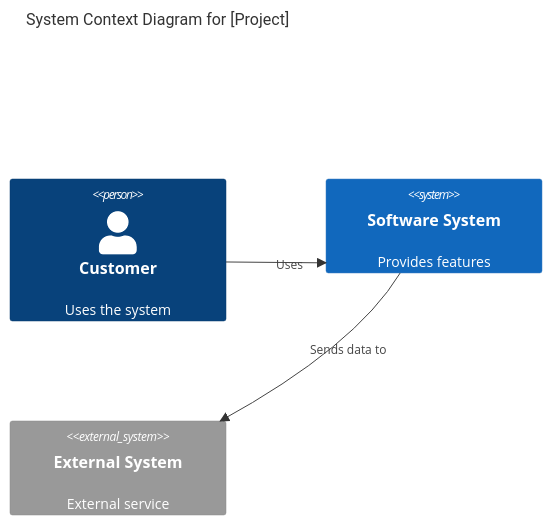
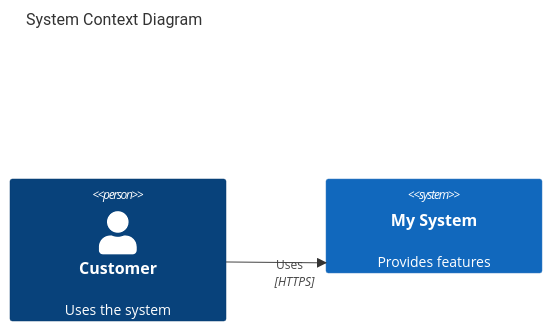
The diagram in gemini/skills/system-modeler/SKILL.md (framunoz/skills), drawn with Mermaid before and after one commit. The commit also changed other lines of this file and 13 other files, not shown here.

Commit message:
feat: add architectural reference guides, ADR templates, and a new dependency analysis command to the skill set.

````diff
--- a/gemini/skills/system-modeler/SKILL.md
+++ b/gemini/skills/system-modeler/SKILL.md
@@ -35,10 +27,7 @@
-```mermaid
-C4Context
-    title System Context Diagram for [Project]
-    Person(customer, "Customer", "Uses the system")
-    System(system, "Software System", "Provides features")
-    System_Ext(ext_system, "External System", "External service")
-    
-    Rel(customer, system, "Uses")
-    Rel(system, ext_system, "Sends data to")
-```
+   ```mermaid
+   C4Context
+       title System Context Diagram
+       Person(customer, "Customer", "Uses the system")
+       System(system, "My System", "Provides features")
+       Rel(customer, system, "Uses", "HTTPS")
+   ```
````
